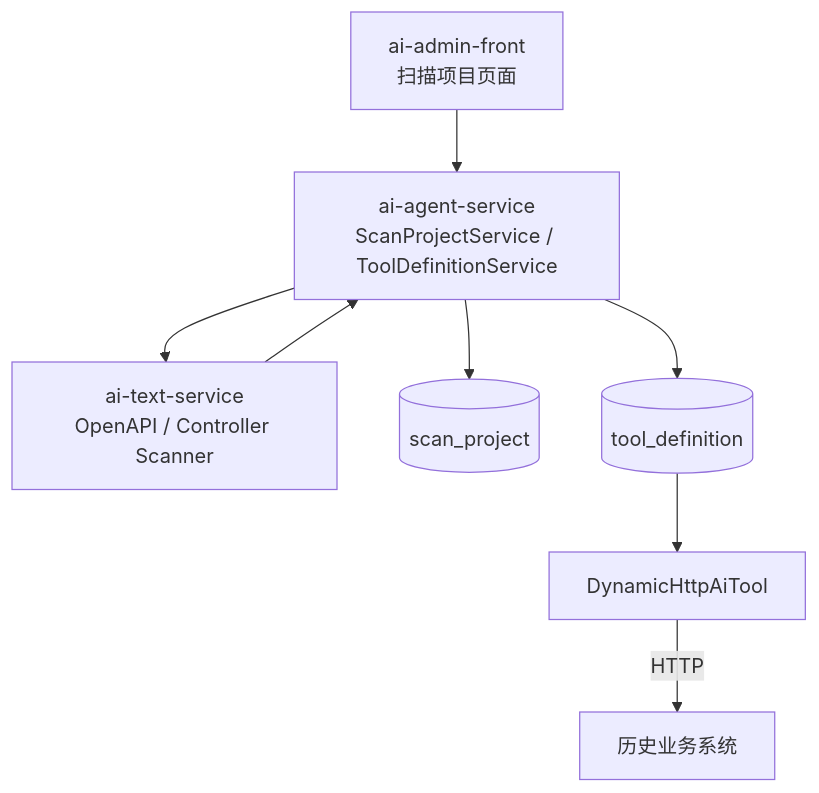
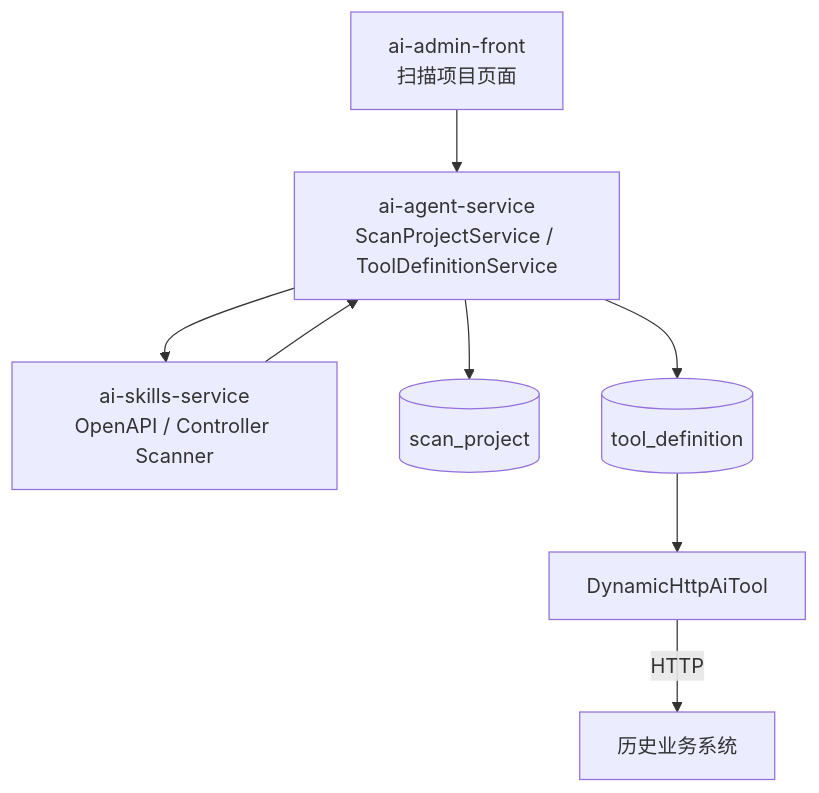
One commit to w8123/EnterpriseAgentFramework changed the diagram in docs/背景、现状、目标.md. Above: the diagram before and after it, drawn with Mermaid. The commit also changed other lines of this file and 234 other files, not shown here.

````diff
--- a/docs/背景、现状、目标.md
+++ b/docs/背景、现状、目标.md
@@ -38,18 +38,18 @@
 ```mermaid
 flowchart TB
     Admin["ai-admin-front\n扫描项目页面"]
     Agent["ai-agent-service\nScanProjectService / ToolDefinitionService"]
-    Scanner["ai-text-service\nOpenAPI / Controller Scanner"]
+    Scanner["ai-skills-service\nOpenAPI / Controller Scanner"]
     ScanDb[("scan_project")]
     ToolDb[("tool_definition")]
     DynamicTool["DynamicHttpAiTool"]
     Legacy["历史业务系统"]
 
     Admin --> Agent
     Agent --> Scanner
     Scanner --> Agent
     Agent --> ScanDb
     Agent --> ToolDb
     ToolDb --> DynamicTool
     DynamicTool -->|"HTTP"| Legacy
 ```
````
